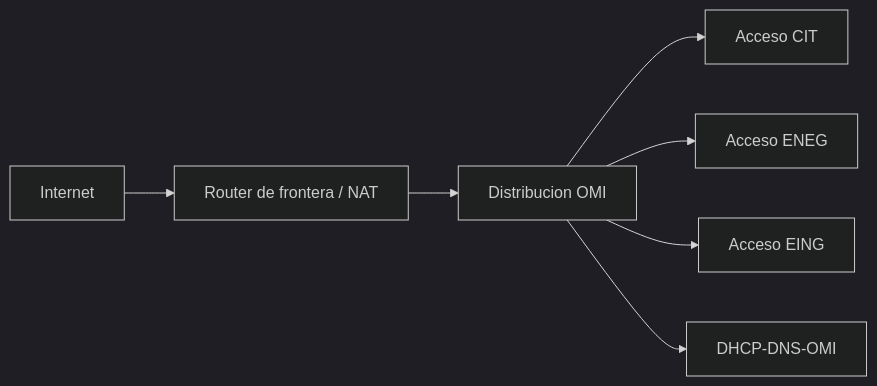
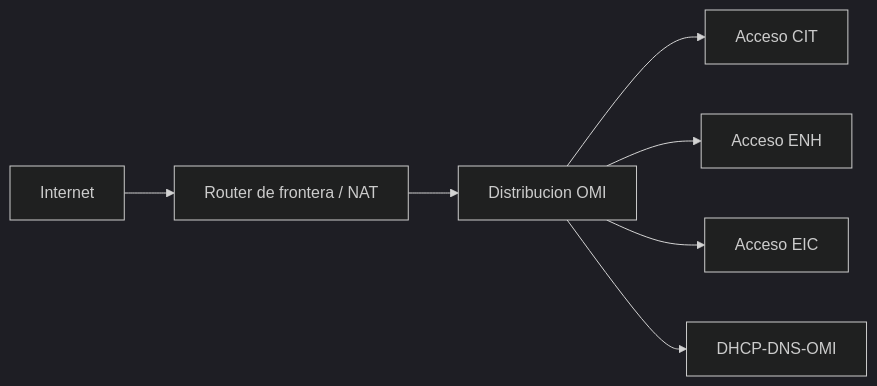
Before and after one commit to migixd/TC2006B-Reto: the diagram in docs/01-arquitectura-red.md, drawn with Mermaid (dark theme). The commit also changed 2 other files, not shown here.

Commit message:
Use EIC and ENH building codes

````diff
--- a/docs/01-arquitectura-red.md
+++ b/docs/01-arquitectura-red.md
@@ -20,9 +20,9 @@
 ```mermaid
 flowchart LR
   Internet --> Frontera["Router de frontera / NAT"]
   Frontera --> Core["Distribucion OMI"]
   Core --> CIT["Acceso CIT"]
-  Core --> ENEG["Acceso ENEG"]
-  Core --> EING["Acceso EING"]
+  Core --> ENH["Acceso ENH"]
+  Core --> EIC["Acceso EIC"]
   Core --> Servidor["DHCP-DNS-OMI"]
 ```
````
